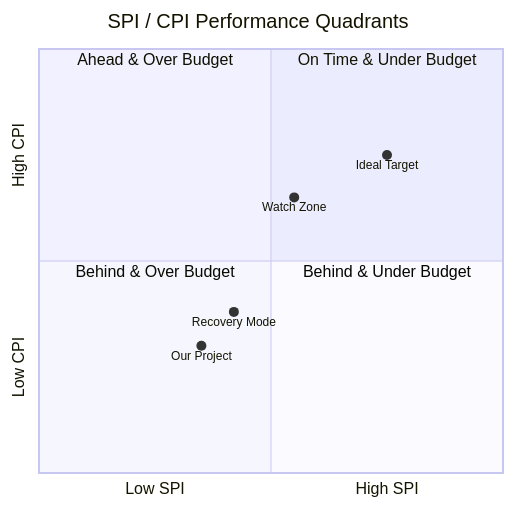
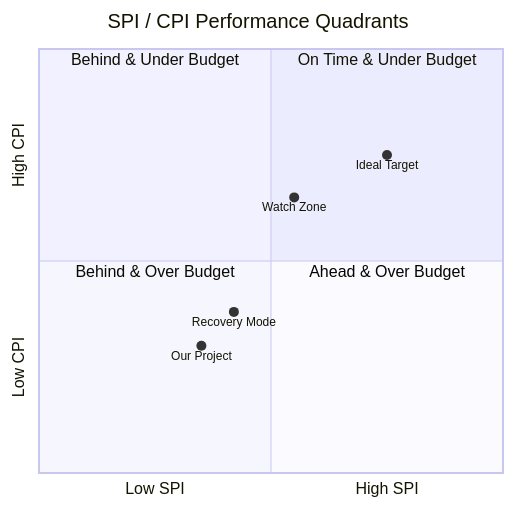
One commit to UncleJS/course_projectManagement changed the third of 3 diagrams in modules/06-monitoring-control.md. Above: the diagram before and after it, drawn with Mermaid. The commit also changed other lines of this file and 42 other files, not shown here.

First line of the commit message:
Course review: fix anchors, diagrams, EVM/accuracy, and Meridian canon

````diff
--- a/modules/06-monitoring-control.md
+++ b/modules/06-monitoring-control.md
@@ -295,14 +295,14 @@
 ```mermaid
 quadrantChart
     title SPI / CPI Performance Quadrants
     x-axis Low SPI --> High SPI
     y-axis Low CPI --> High CPI
     quadrant-1 On Time & Under Budget
-    quadrant-2 Ahead & Over Budget
+    quadrant-2 Behind & Under Budget
     quadrant-3 Behind & Over Budget
-    quadrant-4 Behind & Under Budget
+    quadrant-4 Ahead & Over Budget
     Ideal Target: [0.75, 0.75]
     Our Project: [0.35, 0.30]
     Watch Zone: [0.55, 0.65]
     Recovery Mode: [0.42, 0.38]
 ```
````
